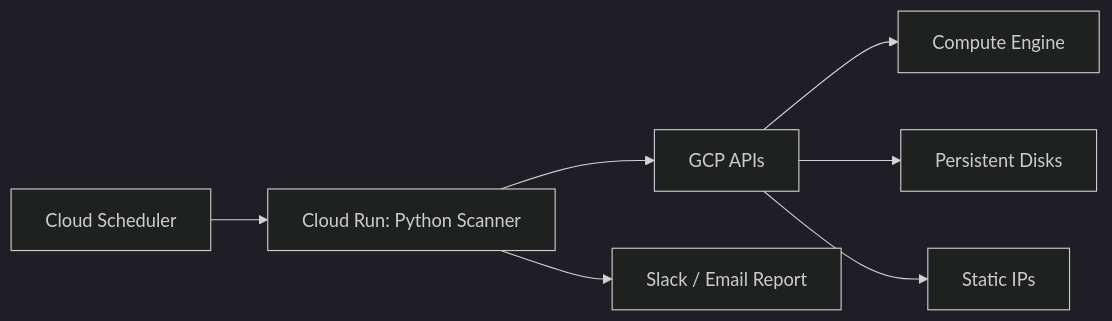
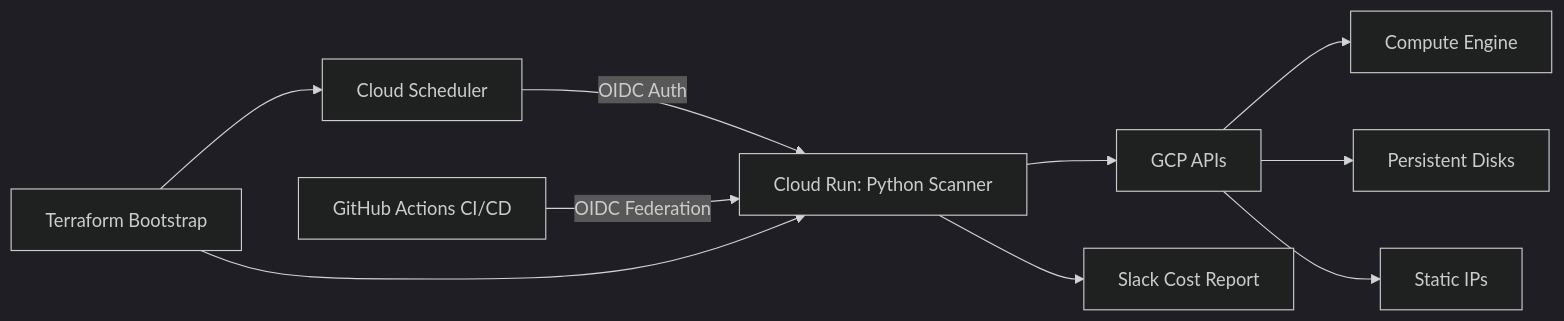
The diagram in README.md (DimitryZH/cloud-optimization-engine), drawn with Mermaid (dark theme) before and after one commit. The commit also changed other lines of this file and 3 other files, not shown here.

````diff
--- a/README.md
+++ b/README.md
@@ -16,9 +40,12 @@
 ```mermaid
 flowchart LR
-    A[Cloud Scheduler] --> B[Cloud Run: Python Scanner]
+    A[Cloud Scheduler] -->|OIDC Auth| B[Cloud Run: Python Scanner]
     B --> C[GCP APIs]
     C --> D[Compute Engine]
     C --> E[Persistent Disks]
     C --> F[Static IPs]
-    B --> G[Slack / Email Report]
+    B --> G[Slack Cost Report]
+    H[GitHub Actions CI/CD] -->|OIDC Federation| B
+    I[Terraform Bootstrap] --> A
+    I --> B
 ```
````
